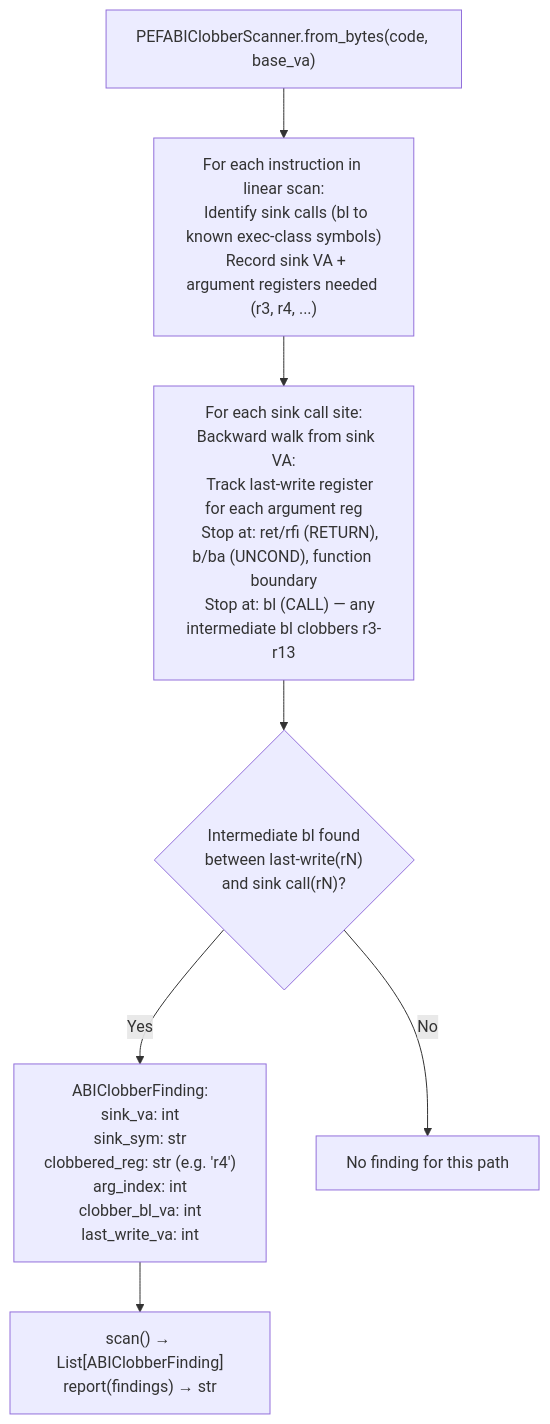
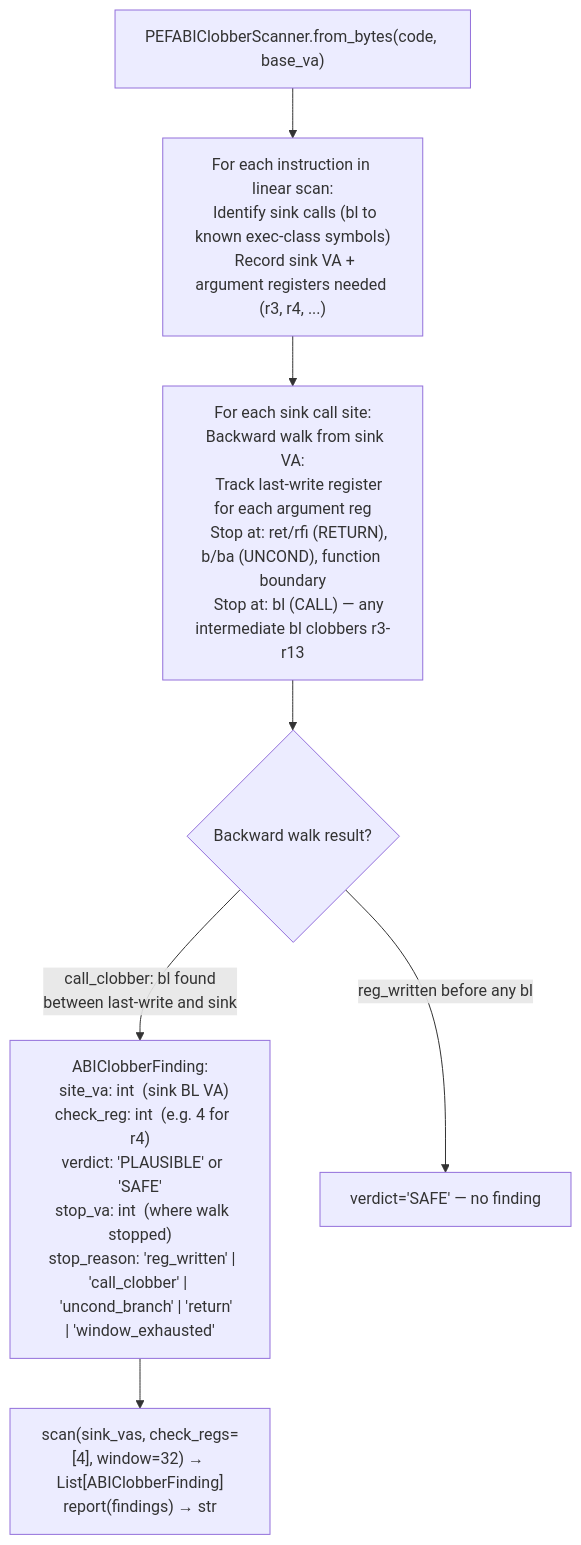
Before and after one commit to Ablation-Tool/ablation: the diagram in docs/reference-modules/classic-mac-abi-clobber-scanning.md, drawn with Mermaid. The commit also changed other lines of this file, not shown here.

First line of the commit message:
docs: fix classic-mac-abi-clobber-scanning — wrong ABIClobberFinding fields

````diff
--- a/docs/reference-modules/classic-mac-abi-clobber-scanning.md
+++ b/docs/reference-modules/classic-mac-abi-clobber-scanning.md
@@ -19,9 +19,9 @@
 ```mermaid
 flowchart TD
     A["PEFABIClobberScanner.from_bytes(code, base_va)"] --> B["For each instruction in linear scan:\n  Identify sink calls (bl to known exec-class symbols)\n  Record sink VA + argument registers needed (r3, r4, ...)"]
     B --> C["For each sink call site:\n  Backward walk from sink VA:\n    Track last-write register for each argument reg\n    Stop at: ret/rfi (RETURN), b/ba (UNCOND), function boundary\n    Stop at: bl (CALL) — any intermediate bl clobbers r3-r13"]
-    C --> D{"Intermediate bl found\nbetween last-write(rN)\nand sink call(rN)?"}
-    D -->|Yes| E["ABIClobberFinding:\n  sink_va: int\n  sink_sym: str\n  clobbered_reg: str (e.g. 'r4')\n  arg_index: int\n  clobber_bl_va: int\n  last_write_va: int"]
-    D -->|No| F["No finding for this path"]
-    E --> G["scan() → List[ABIClobberFinding]\nreport(findings) → str"]
+    C --> D{"Backward walk result?"}
+    D -->|"call_clobber: bl found\nbetween last-write and sink"| E["ABIClobberFinding:\n  site_va: int  (sink BL VA)\n  check_reg: int  (e.g. 4 for r4)\n  verdict: 'PLAUSIBLE' or 'SAFE'\n  stop_va: int  (where walk stopped)\n  stop_reason: 'reg_written' | 'call_clobber' | \n    'uncond_branch' | 'return' | 'window_exhausted'"]
+    D -->|"reg_written before any bl"| F["verdict='SAFE' — no finding"]
+    E --> G["scan(sink_vas, check_regs=[4], window=32) → List[ABIClobberFinding]\nreport(findings) → str"]
 ```
````
